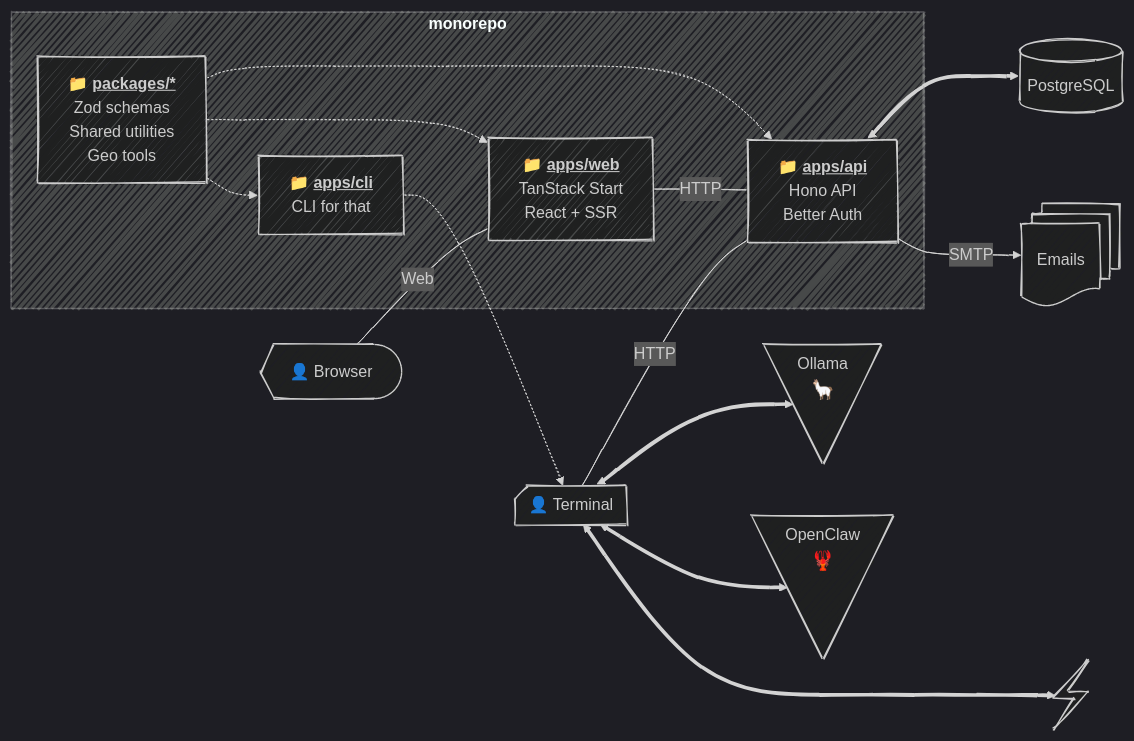
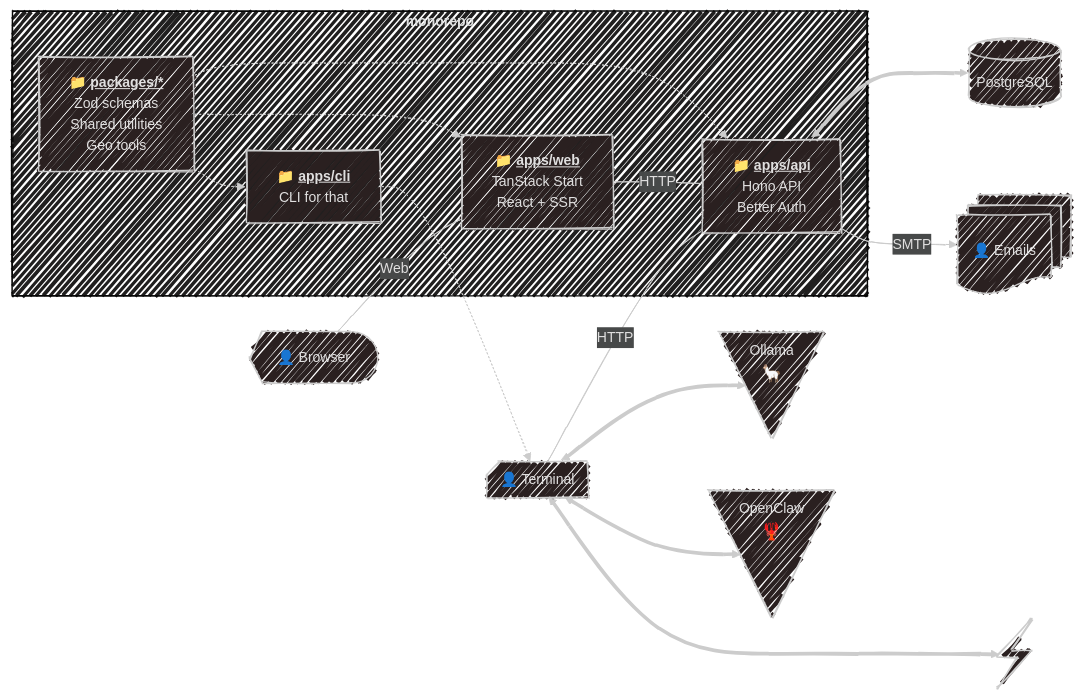
The diagram in docs/index.md (SubZtep/kaja), drawn with Mermaid before and after one commit. The commit also changed other lines of this file and 1 other file, not shown here.

````diff
--- a/docs/index.md
+++ b/docs/index.md
@@ -15,38 +15,38 @@
 ```mermaid
 ---
 config:
   look: handDrawn
-  theme: dark
+  theme: neo-dark
 ---
 flowchart LR
   U@{ shape: curv-trap, label: "👤 Browser" }
   UW@{ shape: notch-rect, label: "👤 Terminal" }
   L@{ shape: manual-file, label: "Ollama<br><big>🦙</big>" }
   O@{ shape: manual-file, label: "OpenClaw<br><big>🦞</big>" }
   B@{ shape: bolt }
 
   D[(PostgreSQL)]
-  E@{ shape: docs, label: "Emails"}
+  E@{ shape: docs, label: "👤 Emails"}
 
   subgraph "`**monorepo**`"
     A["📁 <strong><u>apps/api</u></strong><br/>Hono API<br/>Better Auth"]
     W["📁 <strong><u>apps/web</u></strong><br/>TanStack Start<br/>React + SSR"]
     P["📁 <strong><u>packages/*</u></strong><br/>Zod schemas<br/>Shared utilities<br>Geo tools"]
     WW["📁 <strong><u>apps/cli</u></strong><br/>CLI for that"]
   end
 
   P -.-> A
   P -.-> W
   P -.-> WW
 
   U -- Web --- W
   UW -- HTTP --- A
   WW -.-> UW
   UW <==> L
   UW <==> O
   UW <===> B
 
   W -- HTTP --- A
   A <==> D
   A -- SMTP --> E
 ```
````
